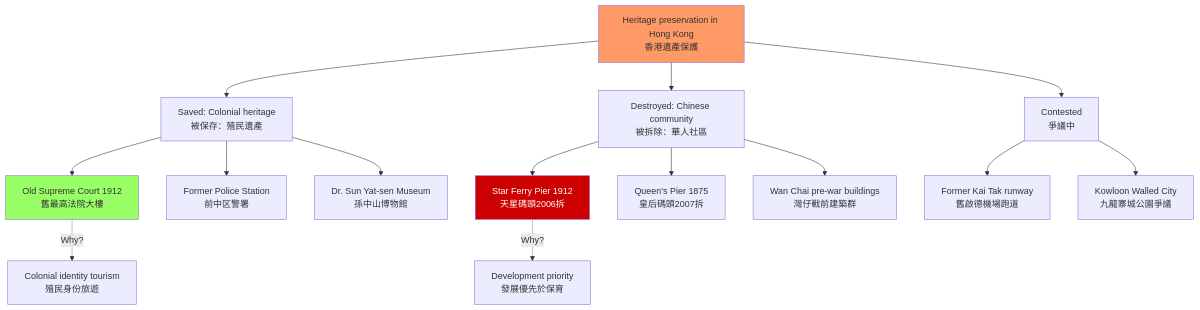
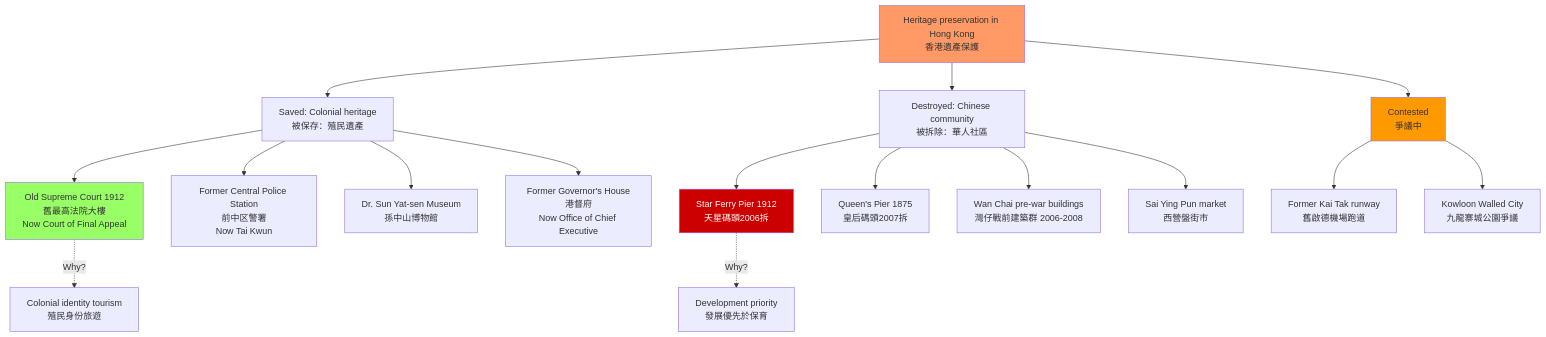
One commit to yip-lgtm/HKU-Harvard-History-Self-Study changed the second of 5 diagrams in 01_HKU_Courses/HIST4033_Museum_and_History.md. Above: the diagram before and after it, drawn with Mermaid. The commit also changed other lines of this file and 22 other files, not shown here.

````diff
--- a/01_HKU_Courses/HIST4033_Museum_and_History.md
+++ b/01_HKU_Courses/HIST4033_Museum_and_History.md
@@ -122,24 +200,27 @@
 ```mermaid
 graph TD
     A[Heritage preservation in Hong Kong<br/>香港遺產保護] --> B[Saved: Colonial heritage<br/>被保存：殖民遺產]
     A --> C[Destroyed: Chinese community<br/>被拆除：華人社區]
     A --> D[Contested<br/>爭議中]
     
-    B --> B1[Old Supreme Court 1912<br/>舊最高法院大樓]
-    B --> B2[Former Police Station<br/>前中区警署]
+    B --> B1[Old Supreme Court 1912<br/>舊最高法院大樓<br/>Now Court of Final Appeal]
+    B --> B2[Former Central Police Station<br/>前中区警署<br/>Now Tai Kwun]
     B --> B3[Dr. Sun Yat-sen Museum<br/>孫中山博物館]
+    B --> B4[Former Governor's House<br/>港督府<br/>Now Office of Chief Executive]
     
     C --> C1[Star Ferry Pier 1912<br/>天星碼頭2006拆]
     C --> C2[Queen's Pier 1875<br/>皇后碼頭2007拆]
-    C --> C3[Wan Chai pre-war buildings<br/>灣仔戰前建築群]
+    C --> C3[Wan Chai pre-war buildings<br/>灣仔戰前建築群 2006-2008]
+    C --> C4[Sai Ying Pun market<br/>西營盤街市]
     
     D --> D1[Former Kai Tak runway<br/>舊啟德機場跑道]
     D --> D2[Kowloon Walled City<br/>九龍寨城公園爭議]
     
     B1 -.->|Why?| E1[Colonial identity tourism<br/>殖民身份旅遊]
     C1 -.->|Why?| E2[Development priority<br/>發展優先於保育]
     
     style A fill:#f96
     style C1 fill:#c00,color:#fff
     style B1 fill:#9f6
+    style D fill:#f90
 ```
````
